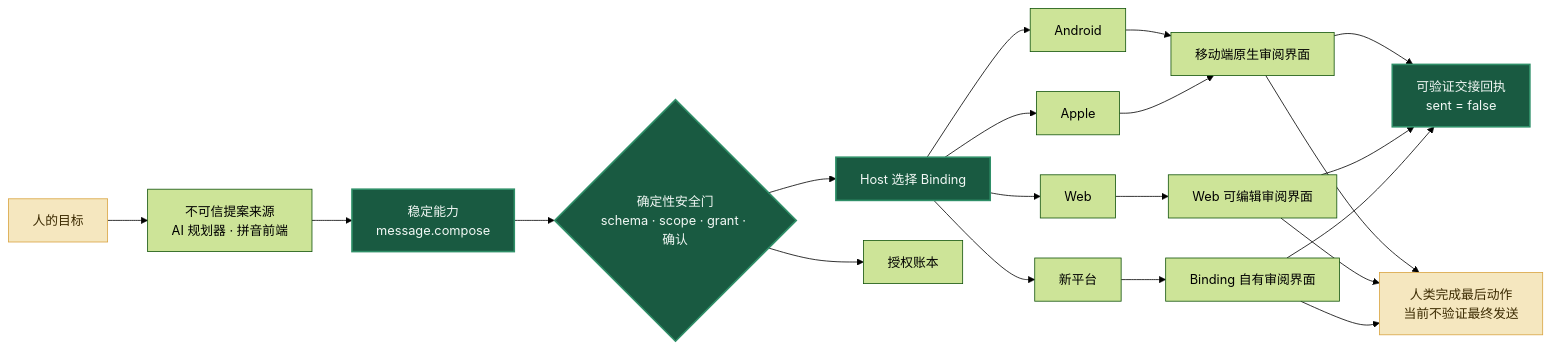
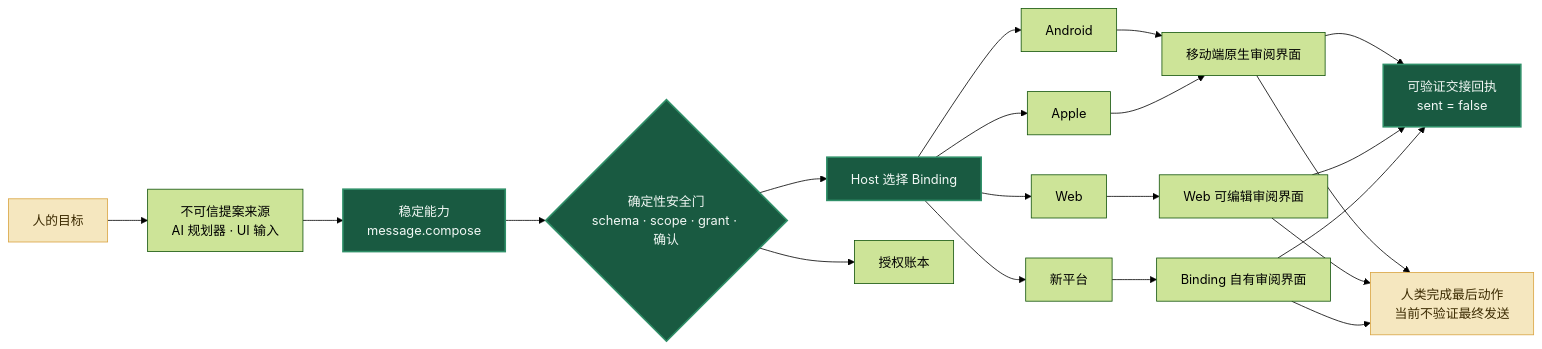
The diagram in README.zh-CN.md (yifangjinxing-hash/jidan), drawn with Mermaid (forest theme) before and after one commit. The commit also changed other lines of this file and 23 other files, not shown here.

````diff
--- a/README.zh-CN.md
+++ b/README.zh-CN.md
@@ -101,27 +103,27 @@
 ```mermaid
 flowchart LR
-    H["人的目标"] --> P["不可信提案来源<br/>AI 规划器 · 拼音前端"]
+    H["人的目标"] --> P["不可信提案来源<br/>AI 规划器 · UI 输入"]
     P --> C["稳定能力<br/>message.compose"]
     C --> G{"确定性安全门<br/>schema · scope · grant · 确认"}
     G --> R["Host 选择 Binding"]
     R --> A["Android"]
     R --> I["Apple"]
     R --> W["Web"]
     R --> N["新平台"]
     A --> M["移动端原生审阅界面"]
     I --> M
     W --> E["Web 可编辑审阅界面"]
     N --> S["Binding 自有审阅界面"]
     M --> Q["可验证交接回执<br/>sent = false"]
     E --> Q
     S --> Q
     M --> X["人类完成最后动作<br/>当前不验证最终发送"]
     E --> X
     S --> X
     G --> L["授权账本"]
 
     classDef core fill:#195A41,color:#F2F8F5,stroke:#2F8F68,stroke-width:2px;
     classDef human fill:#F5E7BF,color:#3B2A00,stroke:#D9A441;
     class C,G,R,Q core;
     class H,X human;
 ```
````
